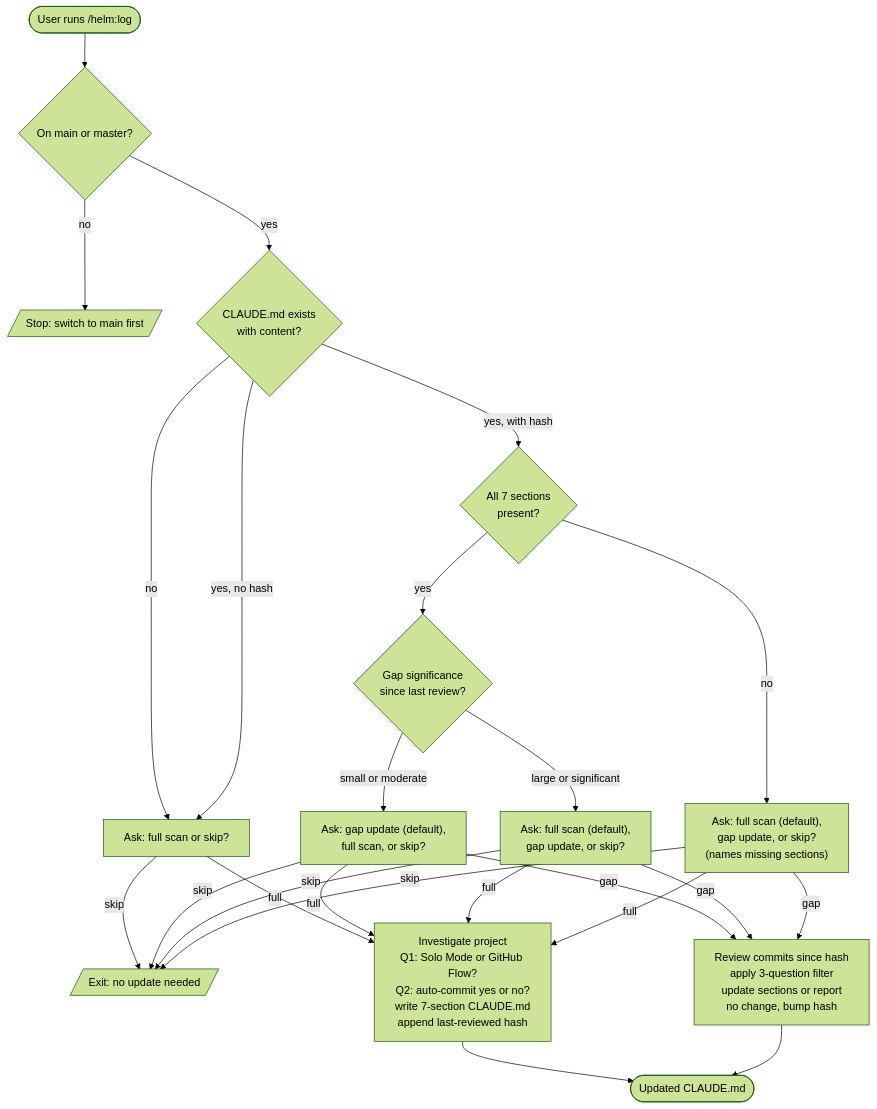
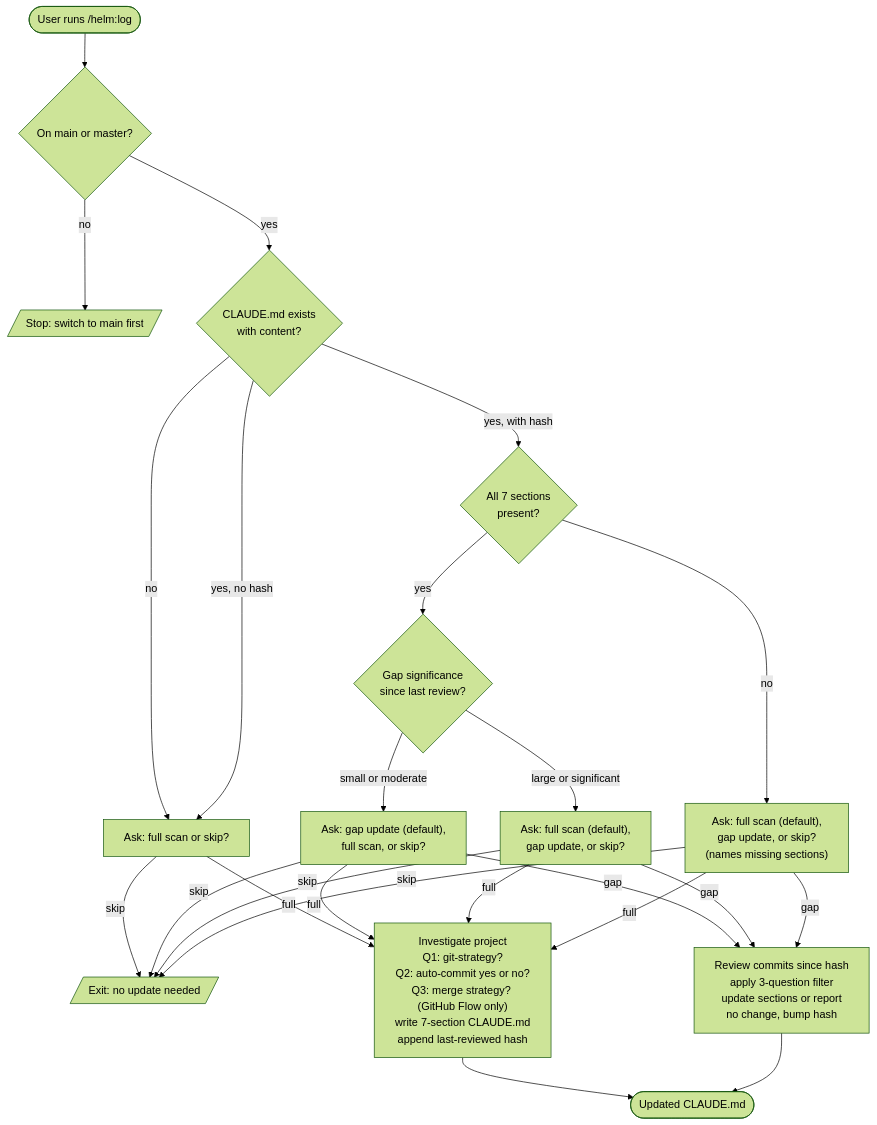
Before and after one commit to myowinthein/agent-helm: the diagram in docs/commands/log.md, drawn with Mermaid (forest theme). The commit also changed other lines of this file and 3 other files, not shown here.

First line of the commit message:
feat(log,git): replace git-solo flag with git-strategy, add configurable merge strategy

````diff
--- a/docs/commands/log.md
+++ b/docs/commands/log.md
@@ -13,33 +13,33 @@
 ```mermaid
 flowchart TD
   Start([User runs /helm:log]) --> Branch{On main or master?}
   Branch -->|no| Stop[/Stop: switch to main first/]
   Branch -->|yes| Exists{CLAUDE.md exists<br/>with content?}
 
   Exists -->|no| Mode1[Ask: full scan or skip?]
   Exists -->|yes, no hash| Mode1
   Exists -->|yes, with hash| Schema{All 7 sections<br/>present?}
 
   Schema -->|no| Mode4["Ask: full scan (default),<br/>gap update, or skip?<br/>(names missing sections)"]
   Schema -->|yes| Gap{Gap significance<br/>since last review?}
 
   Gap -->|small or moderate| Mode2["Ask: gap update (default),<br/>full scan, or skip?"]
   Gap -->|large or significant| Mode3["Ask: full scan (default),<br/>gap update, or skip?"]
 
   Mode1 -->|skip| Skip[/Exit: no update needed/]
   Mode1 -->|full| Full
   Mode2 -->|skip| Skip
   Mode2 -->|full| Full
   Mode2 -->|gap| GapPath
   Mode3 -->|skip| Skip
   Mode3 -->|full| Full
   Mode3 -->|gap| GapPath
   Mode4 -->|skip| Skip
   Mode4 -->|full| Full
   Mode4 -->|gap| GapPath
 
-  Full["Investigate project<br/>Q1: Solo Mode or GitHub Flow?<br/>Q2: auto-commit yes or no?<br/>write 7-section CLAUDE.md<br/>append last-reviewed hash"] --> Done
+  Full["Investigate project<br/>Q1: git-strategy?<br/>Q2: auto-commit yes or no?<br/>Q3: merge strategy? (GitHub Flow only)<br/>write 7-section CLAUDE.md<br/>append last-reviewed hash"] --> Done
   GapPath[Review commits since hash<br/>apply 3-question filter<br/>update sections or report<br/>no change, bump hash] --> Done
 
   Done([Updated CLAUDE.md])
 ```
````
